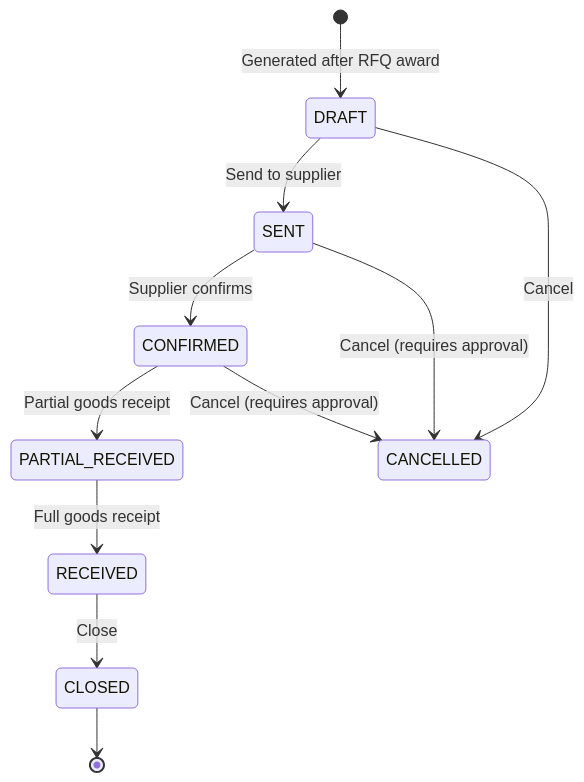
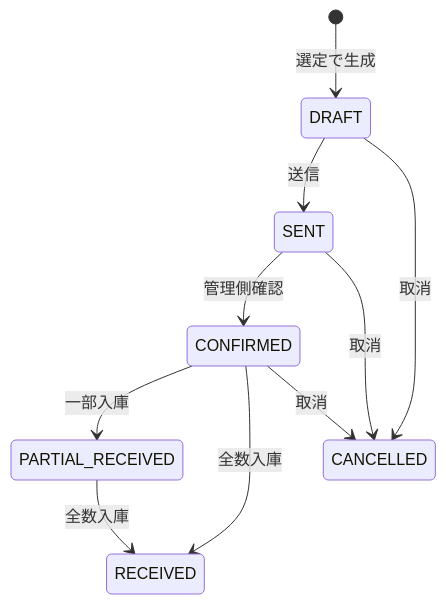
Before and after one commit to wang-baohai/Omni-Stack: the sixth of 7 diagrams in docs/design/procurement-design.jp.md, drawn with Mermaid. The commit also changed other lines of this file and 1095 other files, not shown here.

````diff
--- a/docs/design/procurement-design.jp.md
+++ b/docs/design/procurement-design.jp.md
@@ -318,13 +319,12 @@
 ```mermaid
 stateDiagram-v2
-    [*] --> DRAFT: Generated after RFQ award
-    DRAFT --> SENT: Send to supplier
-    SENT --> CONFIRMED: Supplier confirms
-    CONFIRMED --> PARTIAL_RECEIVED: Partial goods receipt
-    PARTIAL_RECEIVED --> RECEIVED: Full goods receipt
-    RECEIVED --> CLOSED: Close
-    DRAFT --> CANCELLED: Cancel
-    SENT --> CANCELLED: Cancel (requires approval)
-    CONFIRMED --> CANCELLED: Cancel (requires approval)
-    CLOSED --> [*]
+    [*] --> DRAFT: 選定で生成
+    DRAFT --> SENT: 送信
+    SENT --> CONFIRMED: 管理側確認
+    CONFIRMED --> PARTIAL_RECEIVED: 一部入庫
+    CONFIRMED --> RECEIVED: 全数入庫
+    PARTIAL_RECEIVED --> RECEIVED: 全数入庫
+    DRAFT --> CANCELLED: 取消
+    SENT --> CANCELLED: 取消
+    CONFIRMED --> CANCELLED: 取消
 ```
````
